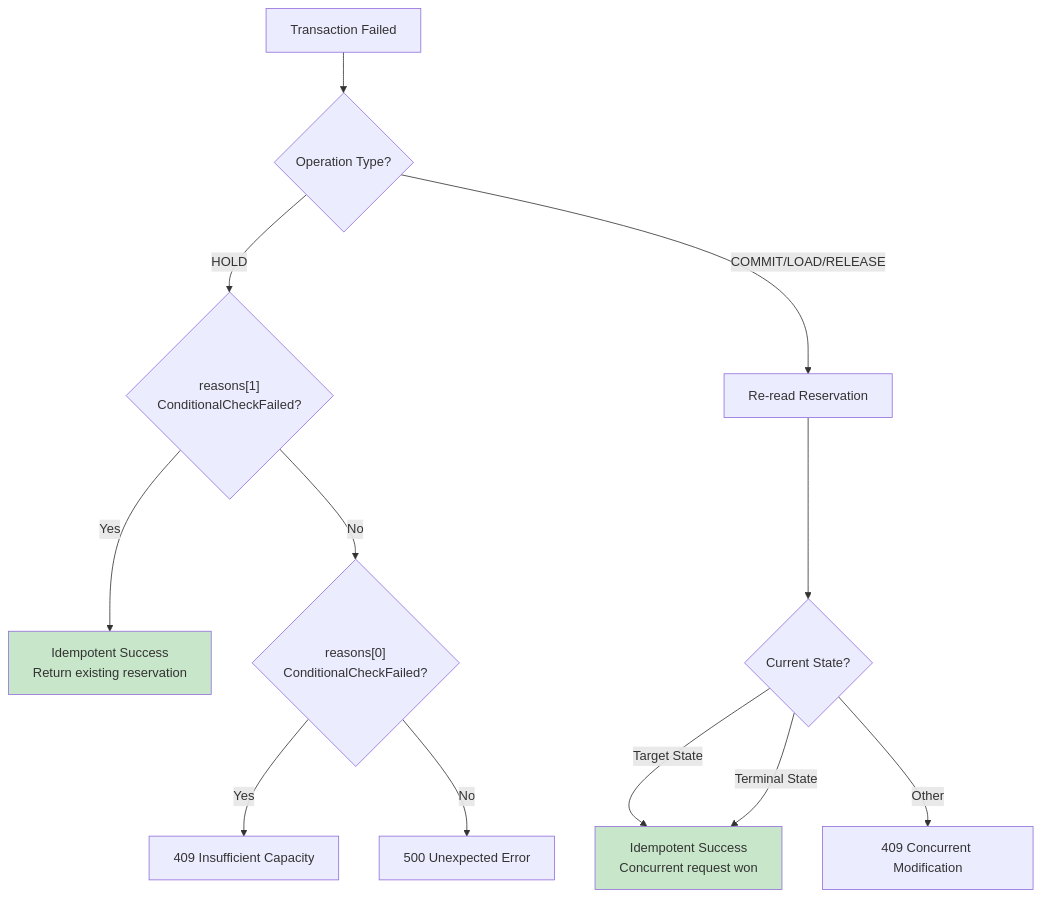
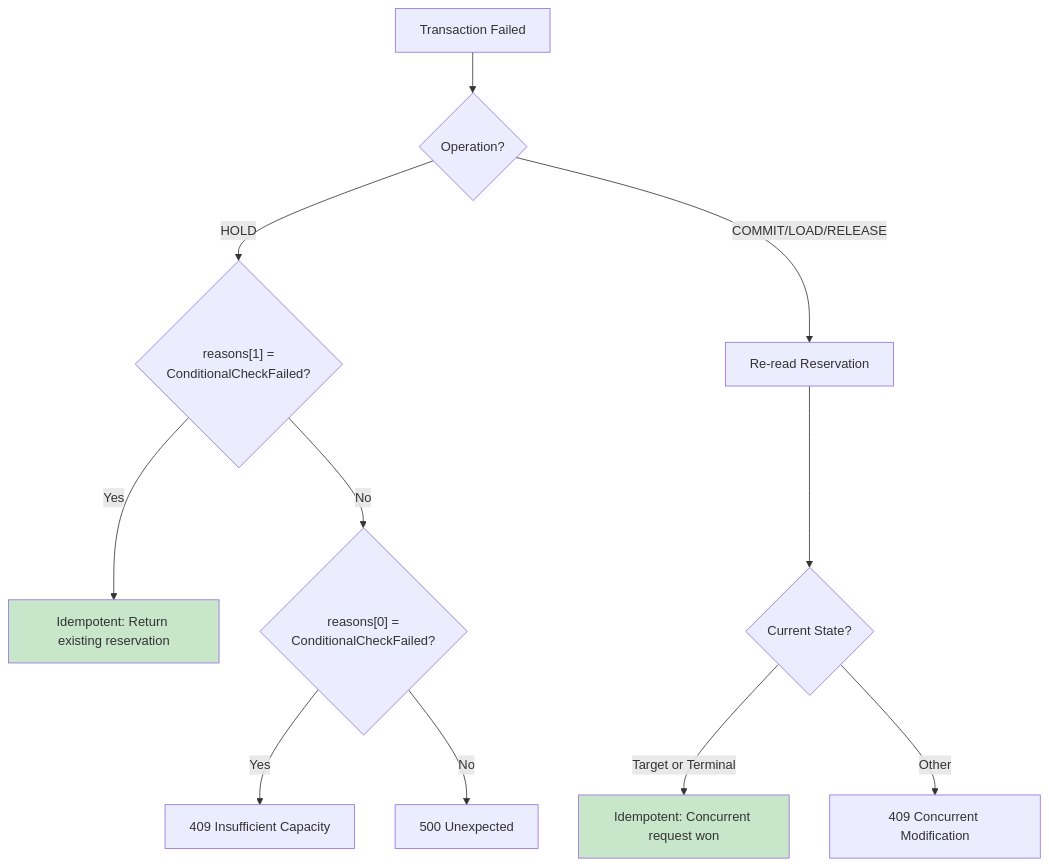
Before and after one commit to sethu-rs/stockkeeper: the fifth of 6 diagrams in docs/api-flow-diagrams.md, drawn with Mermaid. The commit also changed other lines of this file, not shown here.

Commit message:
aws architecture added

````diff
--- a/docs/api-flow-diagrams.md
+++ b/docs/api-flow-diagrams.md
@@ -490,19 +213,18 @@
 ```mermaid
 flowchart TD
-    Start[Transaction Failed] --> CheckOp{Operation Type?}
+    Fail[Transaction Failed] --> Type{Operation?}
 
-    CheckOp -->|HOLD| HoldCheck{"reasons[1]<br/>ConditionalCheckFailed?"}
-    HoldCheck -->|Yes| HoldIdem["Idempotent Success<br/>Return existing reservation"]
-    HoldCheck -->|No| CapCheck{"reasons[0]<br/>ConditionalCheckFailed?"}
-    CapCheck -->|Yes| InsuffCap[409 Insufficient Capacity]
-    CapCheck -->|No| Unknown[500 Unexpected Error]
+    Type -->|HOLD| HoldPath{"reasons[1] =<br/>ConditionalCheckFailed?"}
+    HoldPath -->|Yes| HoldIdem["Idempotent: Return existing reservation"]
+    HoldPath -->|No| CapPath{"reasons[0] =<br/>ConditionalCheckFailed?"}
+    CapPath -->|Yes| Cap409[409 Insufficient Capacity]
+    CapPath -->|No| Err500[500 Unexpected]
 
-    CheckOp -->|COMMIT/LOAD/RELEASE| ReRead[Re-read Reservation]
-    ReRead --> StateCheck{Current State?}
-    StateCheck -->|Target State| TransIdem["Idempotent Success<br/>Concurrent request won"]
-    StateCheck -->|Terminal State| TransIdem
-    StateCheck -->|Other| ConcMod[409 Concurrent Modification]
+    Type -->|COMMIT/LOAD/RELEASE| ReRead[Re-read Reservation]
+    ReRead --> State{Current State?}
+    State -->|Target or Terminal| TransIdem["Idempotent: Concurrent request won"]
+    State -->|Other| Conc409[409 Concurrent Modification]
 
     style HoldIdem fill:#c8e6c9
     style TransIdem fill:#c8e6c9
 ```
````
